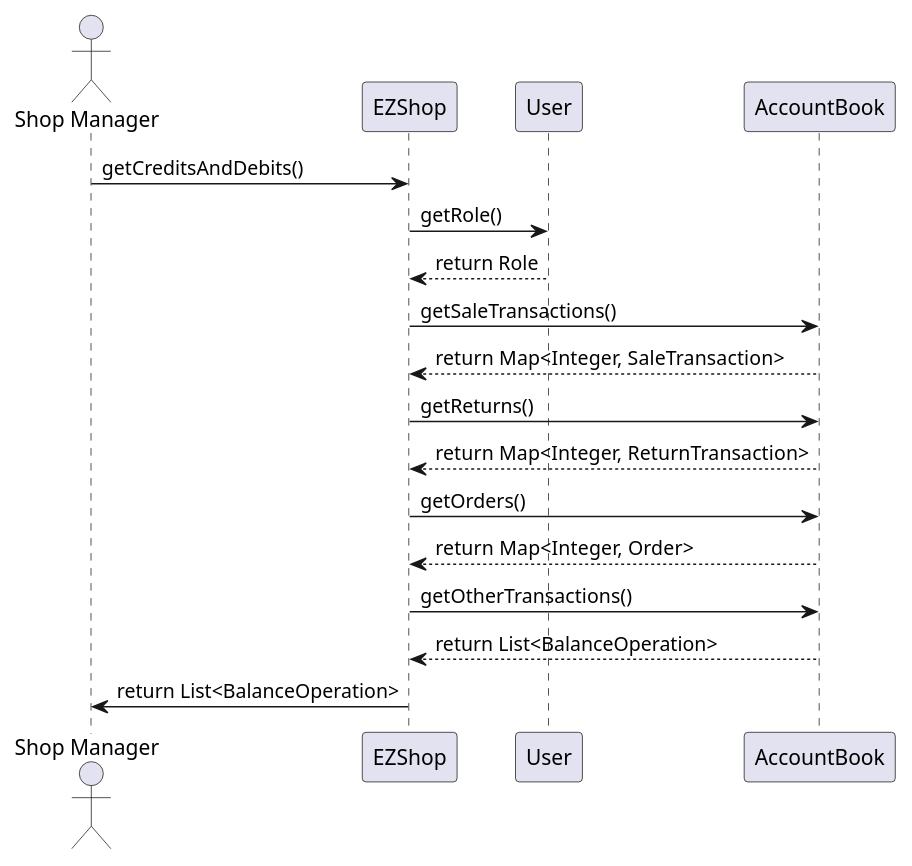
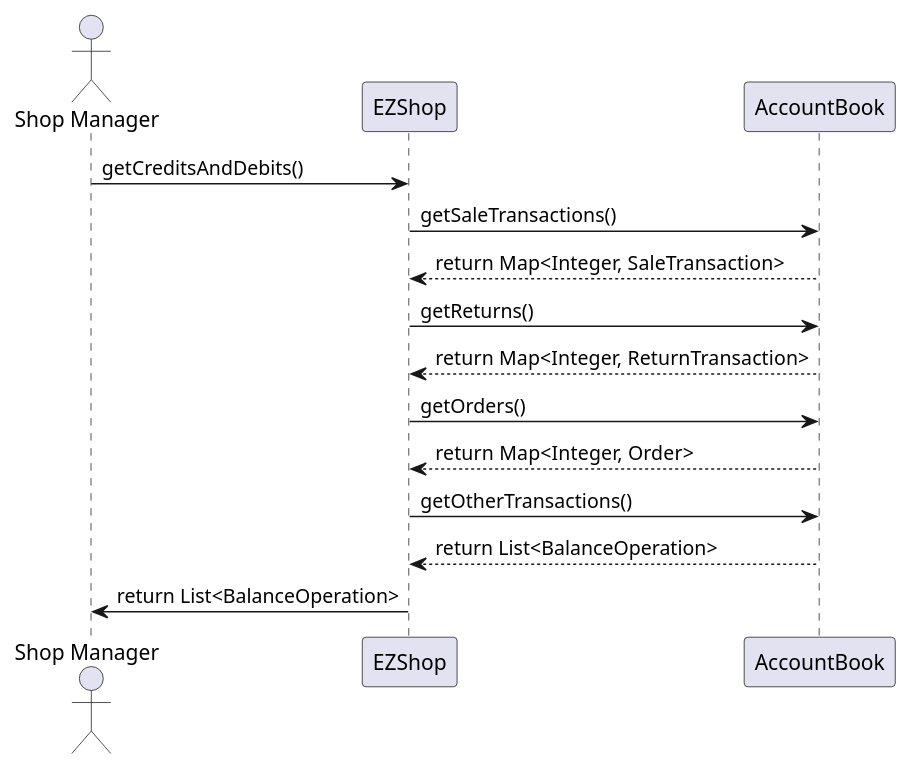
One commit to BMike10/EzShop changed the tenth of 10 diagrams in Deliverables/DesignDocument.md. Above: the diagram before and after it, drawn with PlantUML. The commit also changed other lines of this file, not shown here.

````diff
--- a/Deliverables/DesignDocument.md
+++ b/Deliverables/DesignDocument.md
@@ -561,26 +558,23 @@
 ```plantuml
 @startuml
 actor "Shop Manager" as sm
 participant EZShop as ezs
-participant User as u
+
 participant AccountBook as ab
 
 sm -> ezs:getCreditsAndDebits()
-' role check
-ezs -> u:getRole()
-u --> ezs:return Role
 ' get all operation
 ezs -> ab: getSaleTransactions()
 ab --> ezs: return Map<Integer, SaleTransaction> 
 ezs -> ab: getReturns()
 ab --> ezs: return Map<Integer, ReturnTransaction> 
 ezs -> ab: getOrders()
 ab --> ezs: return Map<Integer, Order> 
 
 ezs -> ab: getOtherTransactions()
 ab --> ezs: return List<BalanceOperation>
 
 ezs->sm: return List<BalanceOperation>
 
 @enduml
 ```
````
